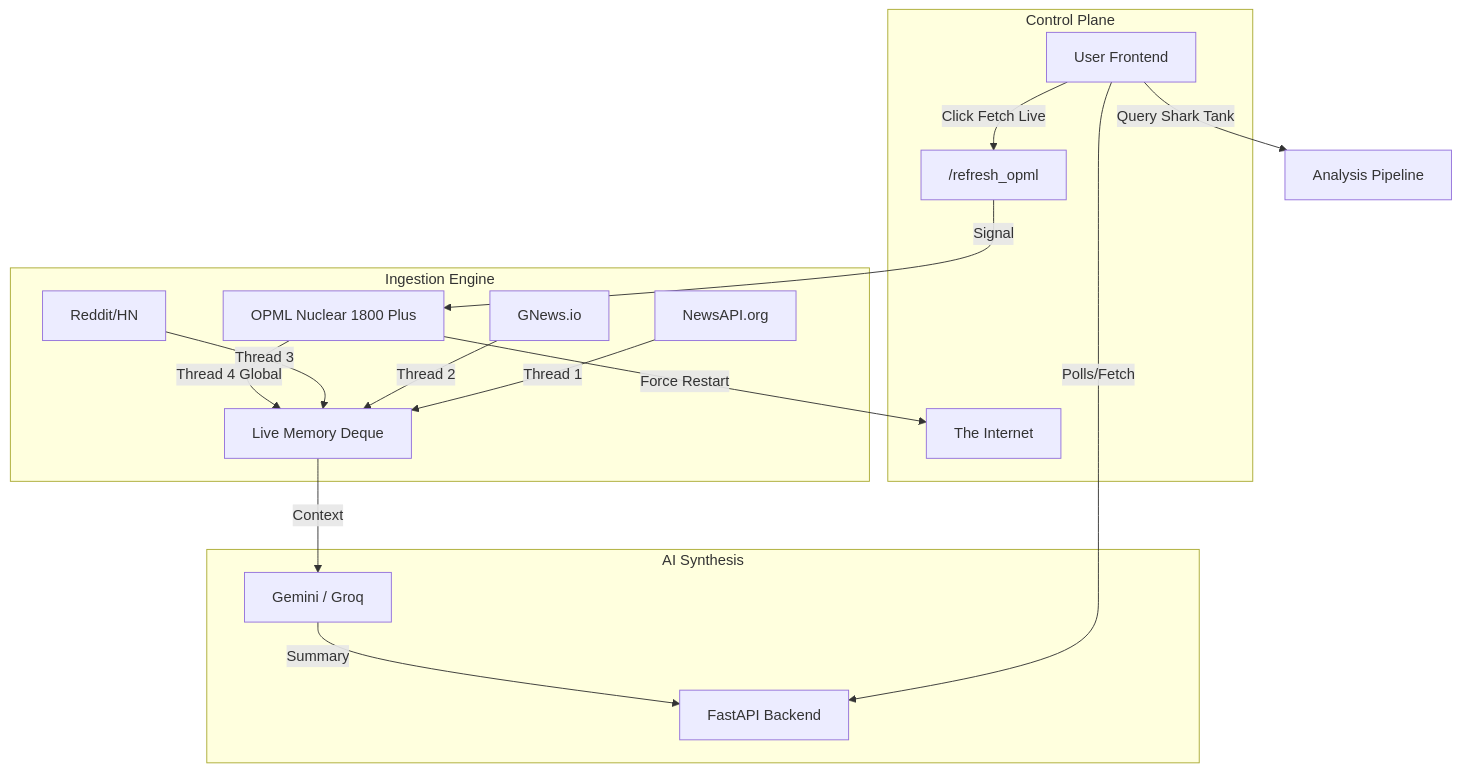
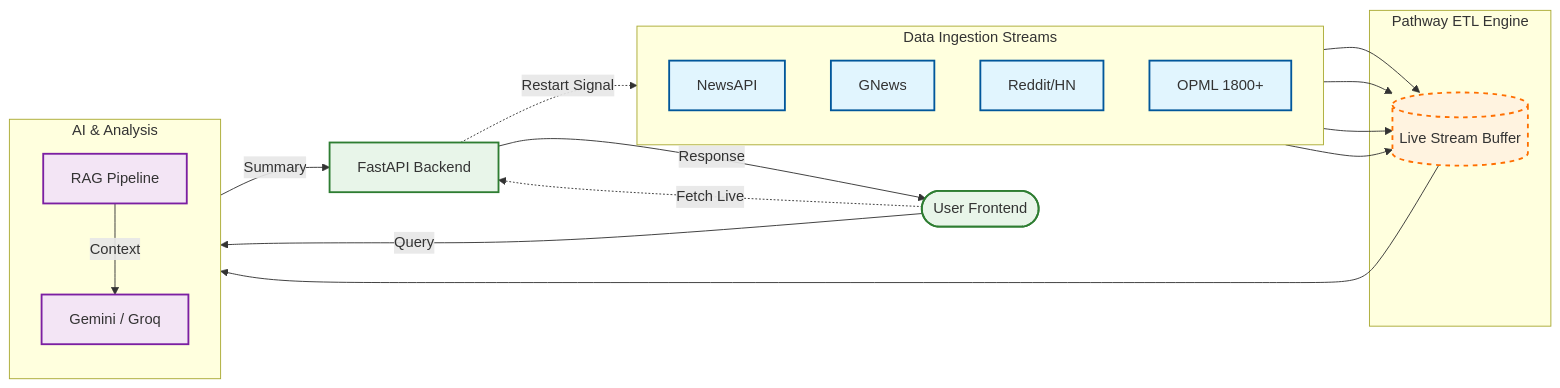
Before and after one commit to atharvavdeo/LiveAnalyst_Pathway: the first of 2 diagrams in README.md, drawn with Mermaid. The commit also changed other lines of this file, not shown here.

Commit message:
docs: improve architecture diagram structure and clarity

````diff
--- a/README.md
+++ b/README.md
@@ -27,23 +20,43 @@
 ```mermaid
-graph TD
-    User["User Frontend"] -->|"Polls/Fetch"| API["FastAPI Backend"]
-    User -->|"Query Shark Tank"| RAG["Analysis Pipeline"]
+graph LR
+    %% Node Styles
+    classDef source fill:#e1f5fe,stroke:#01579b,stroke-width:2px;
+    classDef buffer fill:#fff3e0,stroke:#ff6f00,stroke-width:2px,stroke-dasharray: 5 5;
+    classDef ai fill:#f3e5f5,stroke:#7b1fa2,stroke-width:2px;
+    classDef app fill:#e8f5e9,stroke:#2e7d32,stroke-width:2px;
 
-    subgraph "Ingestion Engine"
-        NewsAPI["NewsAPI.org"] -->|"Thread 1"| Buffer["Live Memory Deque"]
-        GNews["GNews.io"] -->|"Thread 2"| Buffer
-        Social["Reddit/HN"] -->|"Thread 3"| Buffer
-        OPML["OPML Nuclear 1800 Plus"] -->|"Thread 4 Global"| Buffer
+    User([User Frontend]):::app
+    API[FastAPI Backend]:::app
+
+    subgraph Inputs ["Data Ingestion Streams"]
+        direction TB
+        News[NewsAPI]:::source
+        GNews[GNews]:::source
+        Social[Reddit/HN]:::source
+        OPML[OPML 1800+]:::source
     end
 
-    subgraph "Control Plane"
-        User -->|"Click Fetch Live"| RefreshEP["/refresh_opml"]
-        RefreshEP -->|"Signal"| OPML
-        OPML -->|"Force Restart"| Web["The Internet"]
+    subgraph Core ["Pathway ETL Engine"]
+        Buffer[(Live Stream Buffer)]:::buffer
     end
 
-    subgraph "AI Synthesis"
-        Buffer -->|"Context"| LLM["Gemini / Groq"]
-        LLM -->|"Summary"| API
+    subgraph Brain ["AI & Analysis"]
+        direction TB
+        RAG[RAG Pipeline]:::ai
+        LLM[Gemini / Groq]:::ai
     end
+
+    %% Data Flow
+    News & GNews & Social & OPML --> Buffer
+    Buffer --> RAG
+
+    %% app Flow
+    User -->|Query| RAG
+    RAG -->|Context| LLM
+    LLM -->|Summary| API
+    API -->|Response| User
+
+    %% Control Flow
+    User -.->|Fetch Live| API
+    API -.->|Restart Signal| OPML
 ```
````
